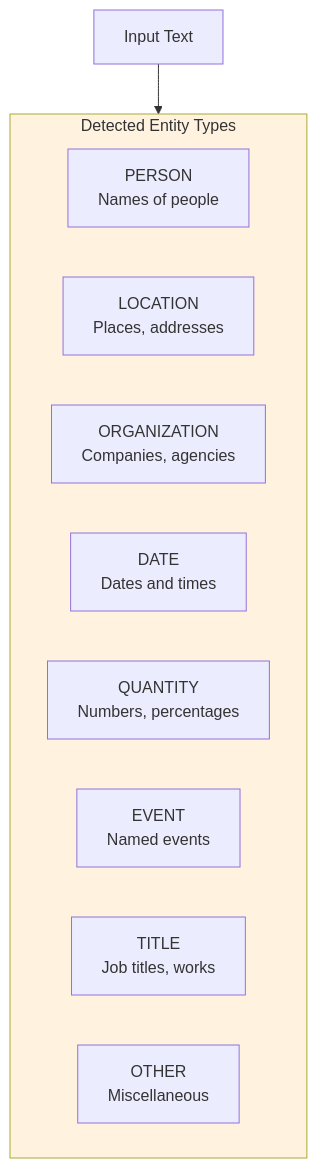
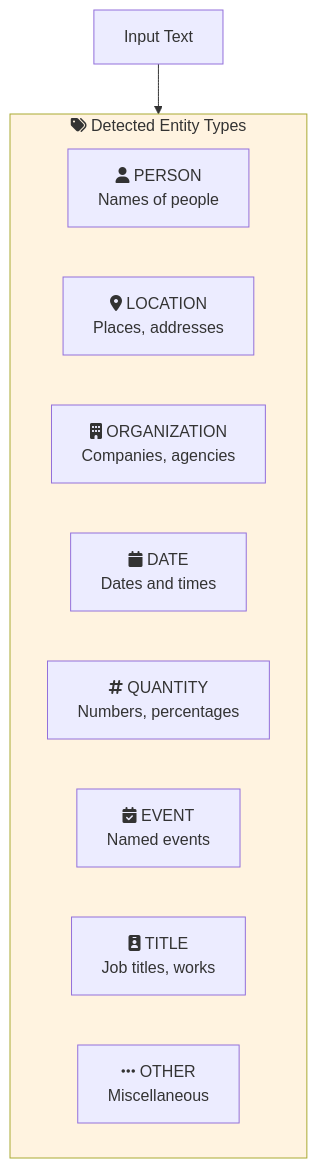
Before and after one commit to vinu76jsr/aws-sample-projects: the third of 4 diagrams in aws-ml-associate-prep/11-comprehend-nlp/LAB.md, drawn with Mermaid. The commit also changed other lines of this file and 15 other files, not shown here.

First line of the commit message:
Add Font Awesome icons to all Mermaid diagrams

````diff
--- a/aws-ml-associate-prep/11-comprehend-nlp/LAB.md
+++ b/aws-ml-associate-prep/11-comprehend-nlp/LAB.md
@@ -75,17 +75,17 @@
 ```mermaid
 flowchart TB
-    subgraph EntityTypes["Detected Entity Types"]
-        PERSON[PERSON<br/>Names of people]
-        LOCATION[LOCATION<br/>Places, addresses]
-        ORG[ORGANIZATION<br/>Companies, agencies]
-        DATE[DATE<br/>Dates and times]
-        QUANTITY[QUANTITY<br/>Numbers, percentages]
-        EVENT[EVENT<br/>Named events]
-        TITLE[TITLE<br/>Job titles, works]
-        OTHER[OTHER<br/>Miscellaneous]
+    subgraph EntityTypes["fa:fa-tags Detected Entity Types"]
+        PERSON[fa:fa-user PERSON<br/>Names of people]
+        LOCATION[fa:fa-map-marker-alt LOCATION<br/>Places, addresses]
+        ORG[fa:fa-building ORGANIZATION<br/>Companies, agencies]
+        DATE[fa:fa-calendar DATE<br/>Dates and times]
+        QUANTITY[fa:fa-hashtag QUANTITY<br/>Numbers, percentages]
+        EVENT[fa:fa-calendar-check EVENT<br/>Named events]
+        TITLE[fa:fa-id-badge TITLE<br/>Job titles, works]
+        OTHER[fa:fa-ellipsis-h OTHER<br/>Miscellaneous]
     end
 
     Text[Input Text] --> EntityTypes
 
     style EntityTypes fill:#fff3e0
 ```
````
